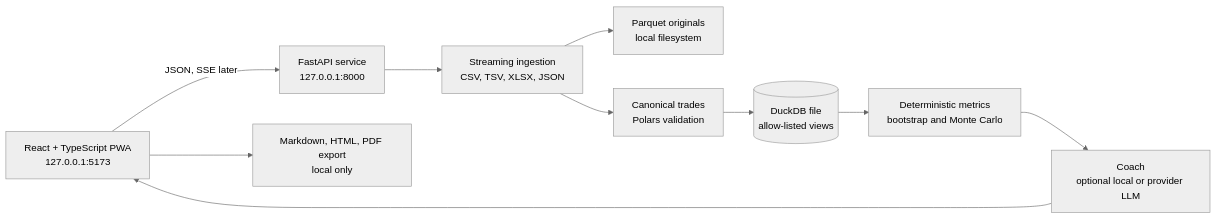
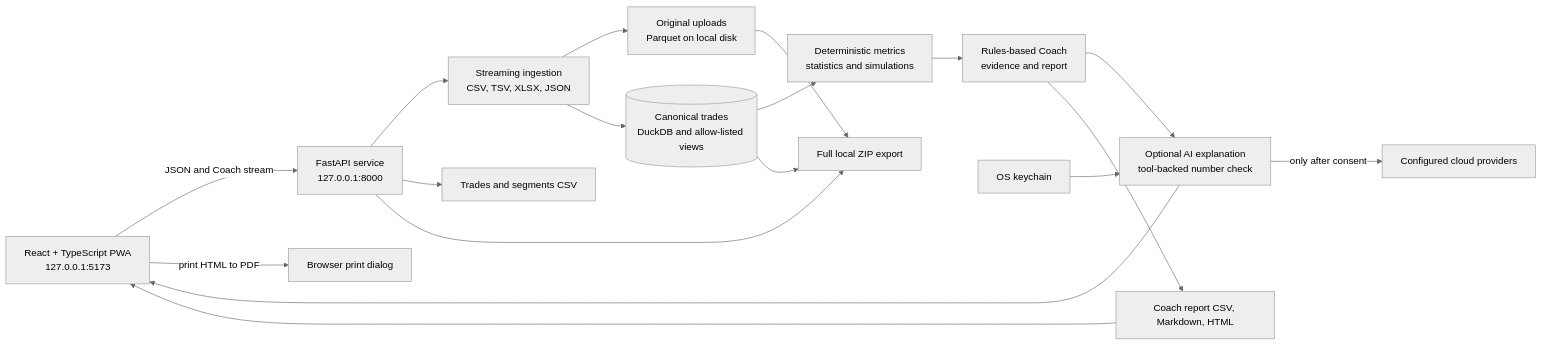
The diagram in docs/architecture.md (suiee8/obsidian-ledger), drawn with Mermaid (neutral theme) before and after one commit. The commit also changed other lines of this file and 28 other files, not shown here.

````diff
--- a/docs/architecture.md
+++ b/docs/architecture.md
@@ -3,12 +3,20 @@
 ```mermaid
 flowchart LR
-  Browser["React + TypeScript PWA<br/>127.0.0.1:5173"] -->|"JSON, SSE later"| API["FastAPI service<br/>127.0.0.1:8000"]
+  Browser["React + TypeScript PWA<br/>127.0.0.1:5173"] -->|"JSON and Coach stream"| API["FastAPI service<br/>127.0.0.1:8000"]
   API --> Ingest["Streaming ingestion<br/>CSV, TSV, XLSX, JSON"]
-  Ingest --> Raw["Parquet originals<br/>local filesystem"]
-  Ingest --> Canonical["Canonical trades<br/>Polars validation"]
-  Canonical --> DB[("DuckDB file<br/>allow-listed views")]
-  DB --> Metrics["Deterministic metrics<br/>bootstrap and Monte Carlo"]
-  Metrics --> Coach["Coach<br/>optional local or provider LLM"]
-  Coach --> Browser
-  Browser --> Export["Markdown, HTML, PDF export<br/>local only"]
+  Ingest --> Raw["Original uploads<br/>Parquet on local disk"]
+  Ingest --> DB[("Canonical trades<br/>DuckDB and allow-listed views")]
+  DB --> Metrics["Deterministic metrics<br/>statistics and simulations"]
+  Metrics --> Coach["Rules-based Coach<br/>evidence and report"]
+  Coach --> AI["Optional AI explanation<br/>tool-backed number check"]
+  AI -->|"only after consent"| Providers["Configured cloud providers"]
+  Keychain["OS keychain"] --> AI
+  AI --> Browser
+  API --> TradeExport["Trades and segments CSV"]
+  Coach --> ReportExport["Coach report CSV, Markdown, HTML"]
+  API --> ZipExport["Full local ZIP export"]
+  Raw --> ZipExport
+  DB --> ZipExport
+  ReportExport --> Browser
+  Browser -->|"print HTML to PDF"| Print["Browser print dialog"]
 ```
````
